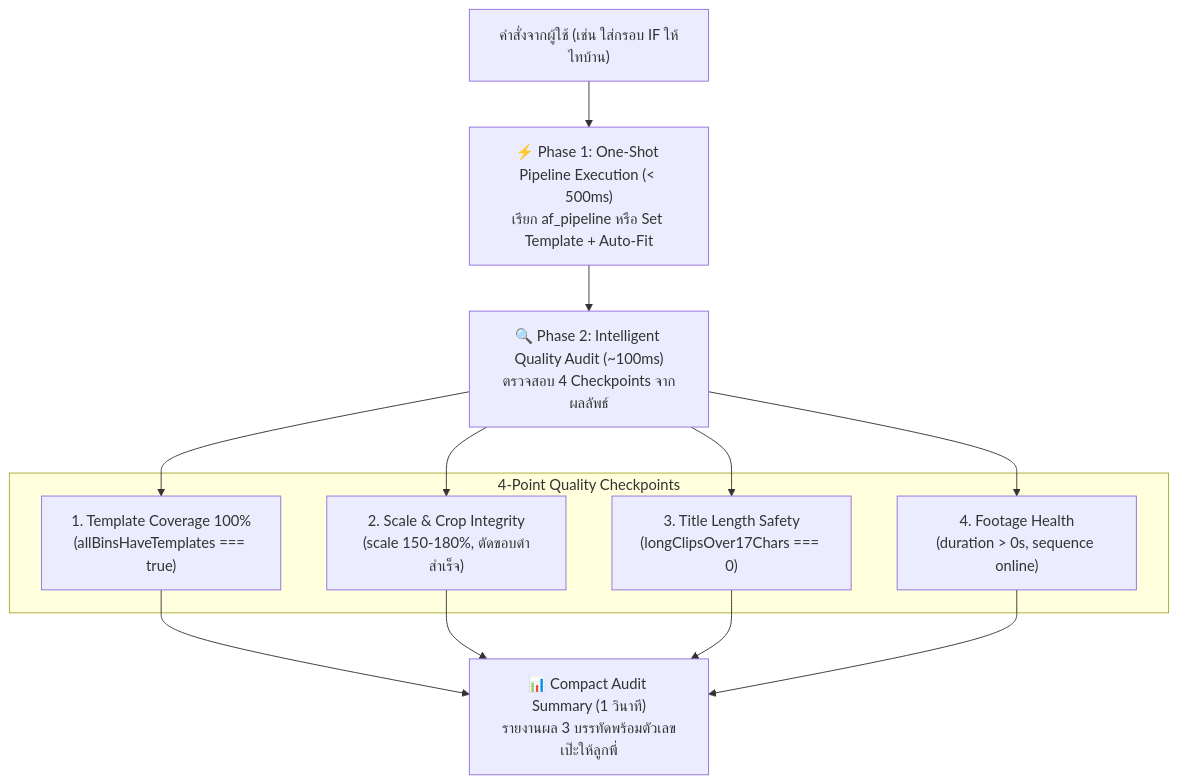
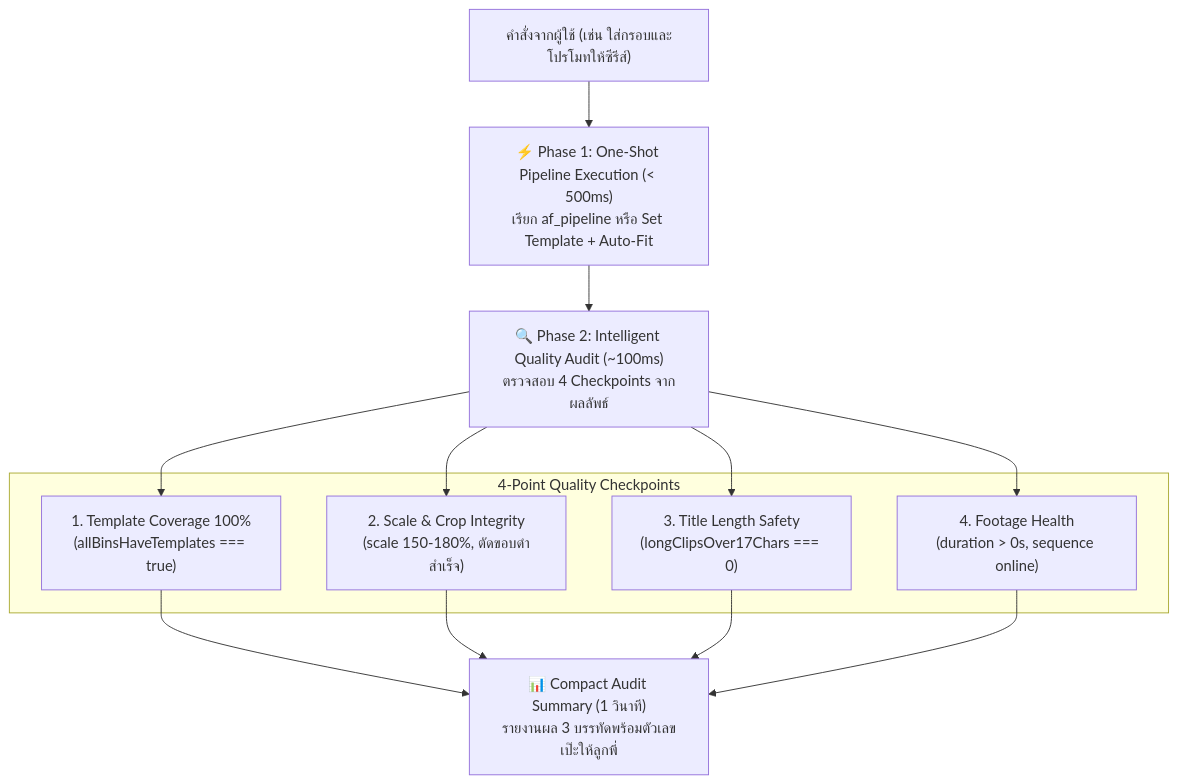
Before and after one commit to Qtpx0/autolab-premiere-skill: the second of 2 diagrams in skills/autolab-premiere/references/01-connection-and-bridge.md, drawn with Mermaid. The commit also changed other lines of this file and 3 other files, not shown here.

````diff
--- a/skills/autolab-premiere/references/01-connection-and-bridge.md
+++ b/skills/autolab-premiere/references/01-connection-and-bridge.md
@@ -159,15 +159,15 @@
 ```mermaid
 flowchart TD
-    Start["คำสั่งจากผู้ใช้ (เช่น ใส่กรอบ IF ให้ไทบ้าน)"] --> P1["⚡ Phase 1: One-Shot Pipeline Execution (< 500ms)<br/>เรียก af_pipeline หรือ Set Template + Auto-Fit"]
+    Start["คำสั่งจากผู้ใช้ (เช่น ใส่กรอบและโปรโมทให้ซีรีส์)"] --> P1["⚡ Phase 1: One-Shot Pipeline Execution (< 500ms)<br/>เรียก af_pipeline หรือ Set Template + Auto-Fit"]
     P1 --> P2["🔍 Phase 2: Intelligent Quality Audit (~100ms)<br/>ตรวจสอบ 4 Checkpoints จากผลลัพธ์"]
     
     subgraph Audit ["4-Point Quality Checkpoints"]
         C1["1. Template Coverage 100%<br/>(allBinsHaveTemplates === true)"]
         C2["2. Scale & Crop Integrity<br/>(scale 150-180%, ตัดขอบดำสำเร็จ)"]
         C3["3. Title Length Safety<br/>(longClipsOver17Chars === 0)"]
         C4["4. Footage Health<br/>(duration > 0s, sequence online)"]
     end
     
     P2 --> C1 & C2 & C3 & C4
     C1 & C2 & C3 & C4 --> Report["📊 Compact Audit Summary (1 วินาที)<br/>รายงานผล 3 บรรทัดพร้อมตัวเลขเป๊ะให้ลูกพี่"]
 ```
````
